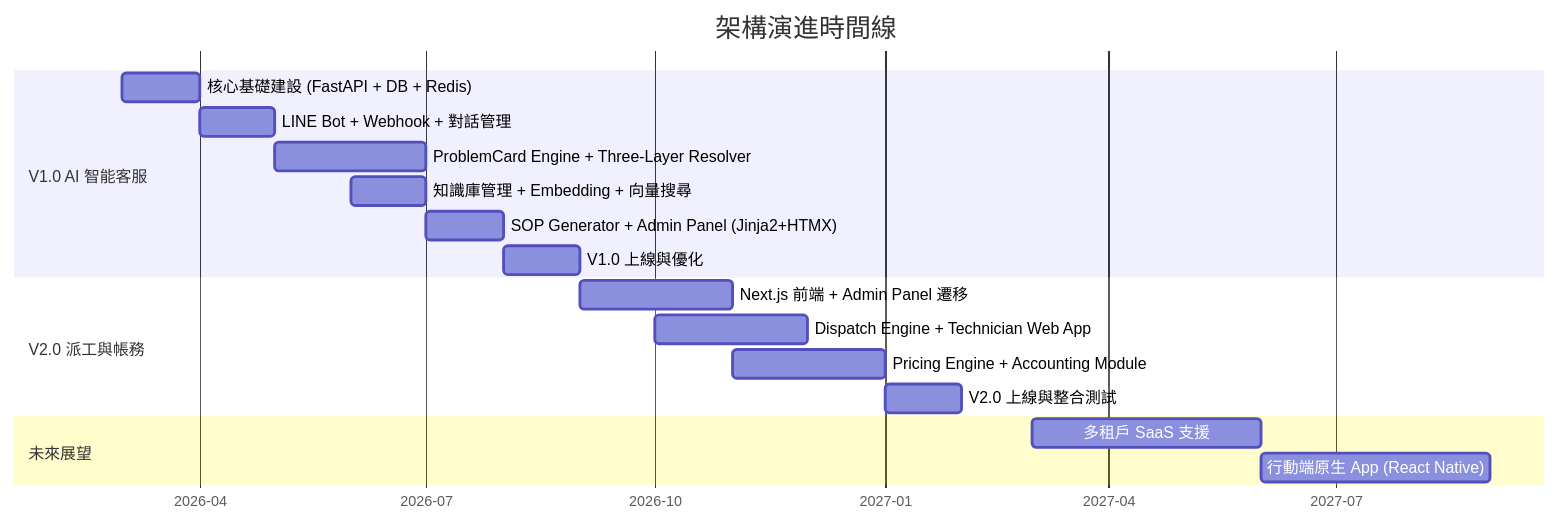
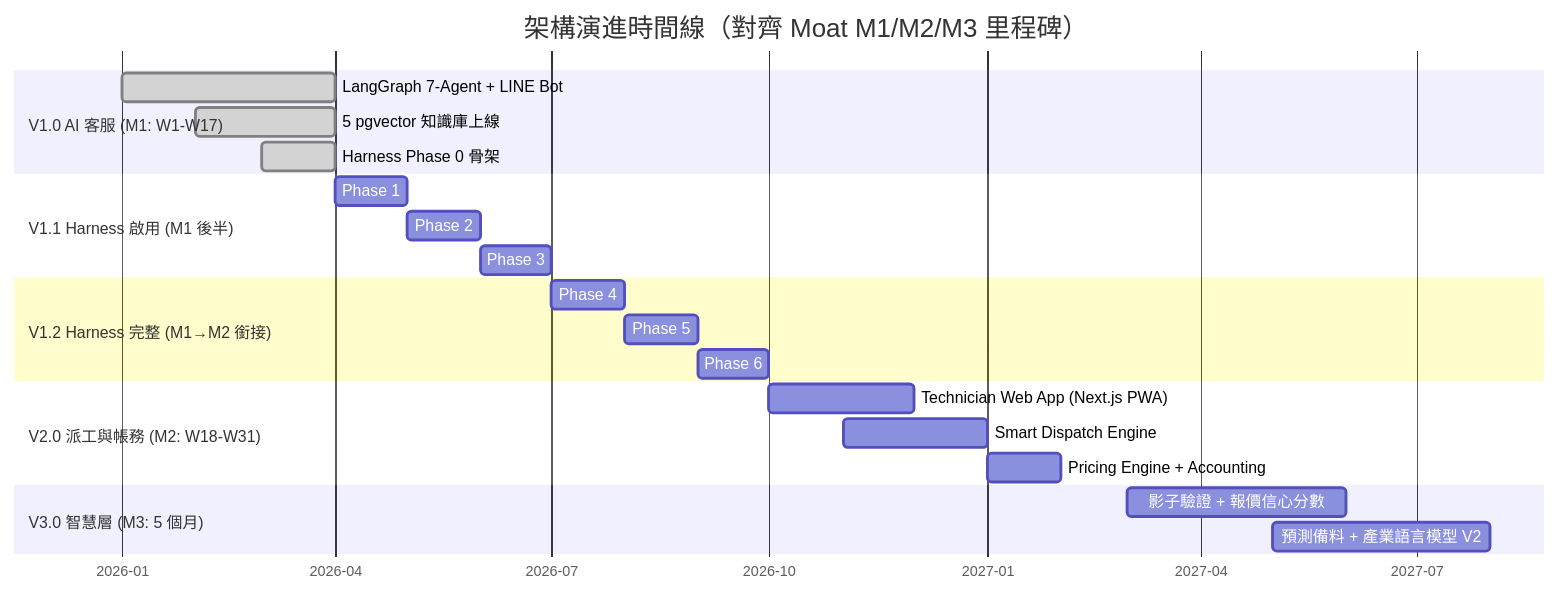
One commit to sunnyDataScience/Smart-Lock_AI_Support_Service_Dispatch_SaaS_Platform changed the tenth of 10 diagrams in docs/project-docs/05_architecture_and_design_document.md. Above: the diagram before and after it, drawn with Mermaid. The commit also changed other lines of this file and 1 other file, not shown here.

First line of the commit message:
refactor(docs): unify architecture and structure docs with actual LangGraph + Harness implementation

````diff
--- a/docs/project-docs/05_architecture_and_design_document.md
+++ b/docs/project-docs/05_architecture_and_design_document.md
@@ -1350,24 +1292,30 @@
 ```mermaid
 gantt
-    title 架構演進時間線
+    title 架構演進時間線（對齊 Moat M1/M2/M3 里程碑）
     dateFormat  YYYY-MM
     axisFormat  %Y-%m
 
-    section V1.0 AI 智能客服
-    核心基礎建設 (FastAPI + DB + Redis)           :v1_infra, 2026-03, 2026-04
-    LINE Bot + Webhook + 對話管理                  :v1_line, 2026-04, 2026-05
-    ProblemCard Engine + Three-Layer Resolver       :v1_core, 2026-05, 2026-07
-    知識庫管理 + Embedding + 向量搜尋              :v1_kb, 2026-06, 2026-07
-    SOP Generator + Admin Panel (Jinja2+HTMX)      :v1_admin, 2026-07, 2026-08
-    V1.0 上線與優化                                :v1_launch, 2026-08, 2026-09
+    section V1.0 AI 客服 (M1: W1-W17)
+    LangGraph 7-Agent + LINE Bot               :done, v10, 2026-01, 2026-04
+    5 pgvector 知識庫上線                        :done, v10kb, 2026-02, 2026-04
+    Harness Phase 0 骨架                         :done, h0, 2026-03, 2026-04
 
-    section V2.0 派工與帳務
-    Next.js 前端 + Admin Panel 遷移               :v2_fe, 2026-09, 2026-11
-    Dispatch Engine + Technician Web App           :v2_dispatch, 2026-10, 2026-12
-    Pricing Engine + Accounting Module             :v2_acc, 2026-11, 2027-01
-    V2.0 上線與整合測試                           :v2_launch, 2027-01, 2027-02
+    section V1.1 Harness 啟用 (M1 後半)
+    Phase 1: L7 Observability                    :h1, 2026-04, 2026-05
+    Phase 2: L1 Task + ProblemCard               :h2, 2026-05, 2026-06
+    Phase 3: L6 Safety + L3 Governance           :h3, 2026-06, 2026-07
 
-    section 未來展望
-    多租戶 SaaS 支援                              :future_mt, 2027-03, 2027-06
-    行動端原生 App (React Native)                  :future_app, 2027-06, 2027-09
+    section V1.2 Harness 完整 (M1→M2 銜接)
+    Phase 4: L2 Context Assembly                 :h4, 2026-07, 2026-08
+    Phase 5: L5 Feedback Loop                    :h5, 2026-08, 2026-09
+    Phase 6: L8 Entropy (SOP auto-gen)           :h6, 2026-09, 2026-10
+
+    section V2.0 派工與帳務 (M2: W18-W31)
+    Technician Web App (Next.js PWA)             :v20t, 2026-10, 2026-12
+    Smart Dispatch Engine                        :v20d, 2026-11, 2027-01
+    Pricing Engine + Accounting                  :v20a, 2027-01, 2027-02
+
+    section V3.0 智慧層 (M3: 5 個月)
+    影子驗證 + 報價信心分數                       :v30, 2027-03, 2027-06
+    預測備料 + 產業語言模型 V2                    :v31, 2027-05, 2027-08
 ```
````
